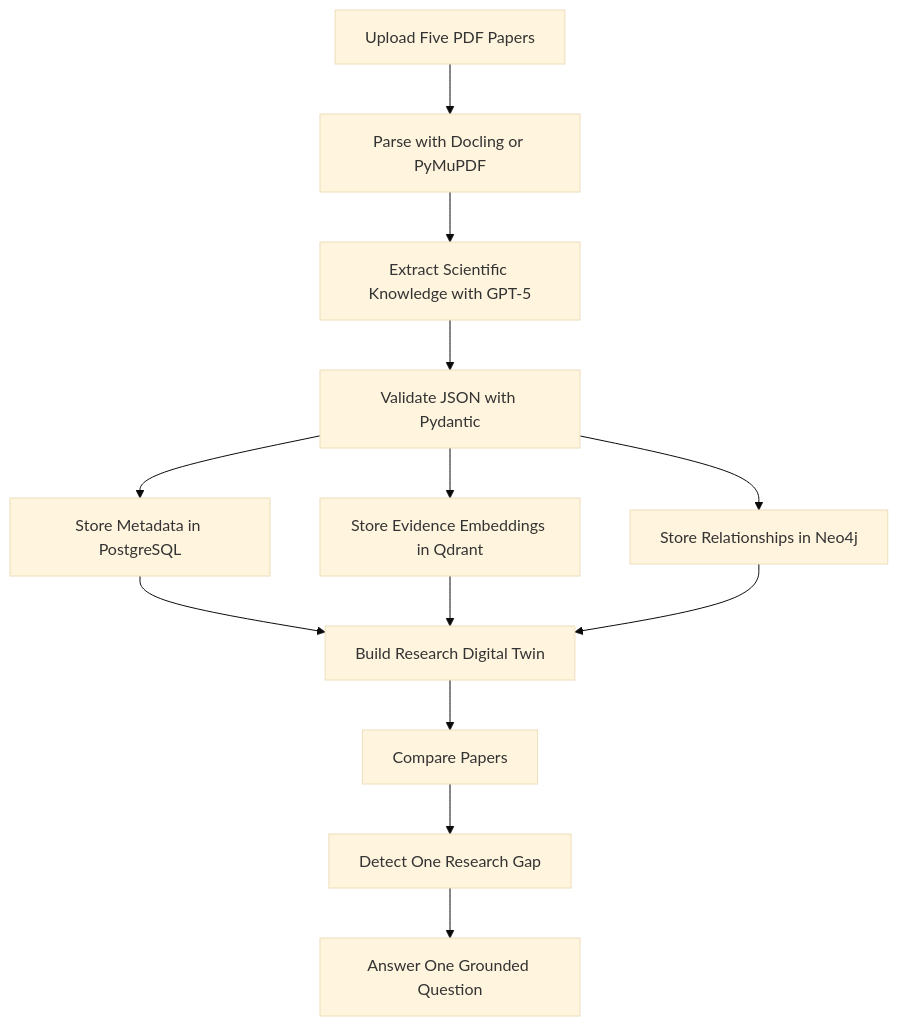
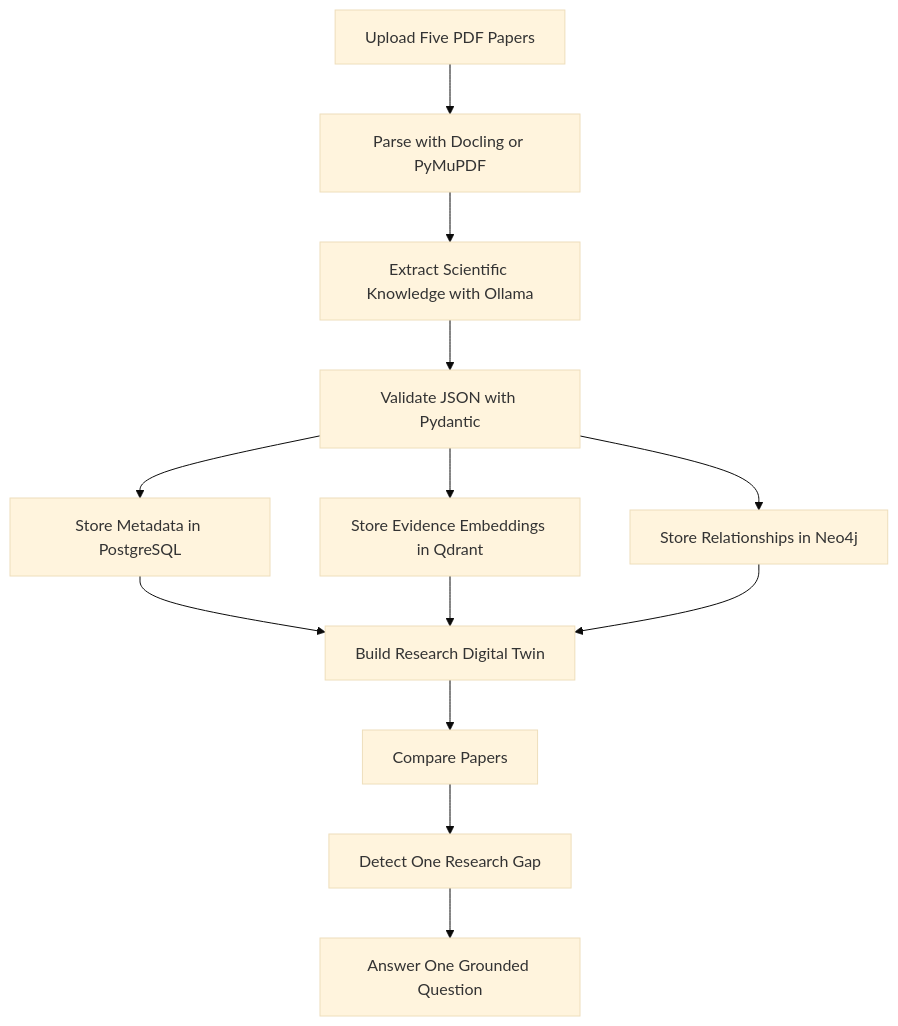
One commit to farahalmujaljel/Burhan changed the diagram in README.md. Above: the diagram before and after it, drawn with Mermaid (base theme). The commit also changed other lines of this file and 10 other files, not shown here.

Commit message:
feat: migrate from OpenAI to Ollama for scientific extraction and update related configurations

````diff
--- a/README.md
+++ b/README.md
@@ -27,23 +27,23 @@
 ```mermaid
 flowchart TD
     A[Upload Five PDF Papers]
     B[Parse with Docling or PyMuPDF]
-    C[Extract Scientific Knowledge with GPT-5]
+    C[Extract Scientific Knowledge with Ollama]
     D[Validate JSON with Pydantic]
     E[Store Metadata in PostgreSQL]
     F[Store Evidence Embeddings in Qdrant]
     G[Store Relationships in Neo4j]
     H[Build Research Digital Twin]
     I[Compare Papers]
     J[Detect One Research Gap]
     K[Answer One Grounded Question]
 
     A --> B --> C --> D
     D --> E
     D --> F
     D --> G
     E --> H
     F --> H
     G --> H
     H --> I --> J --> K
 ```
````
